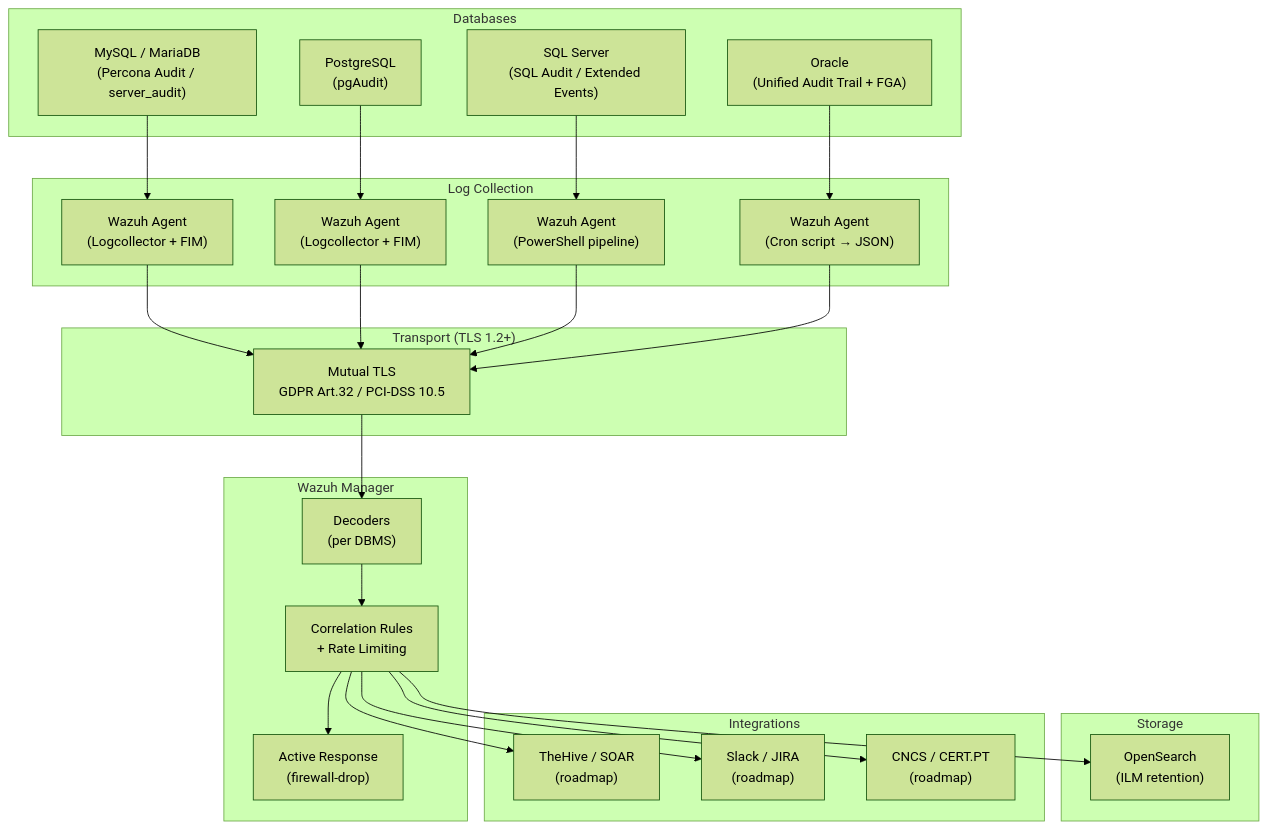
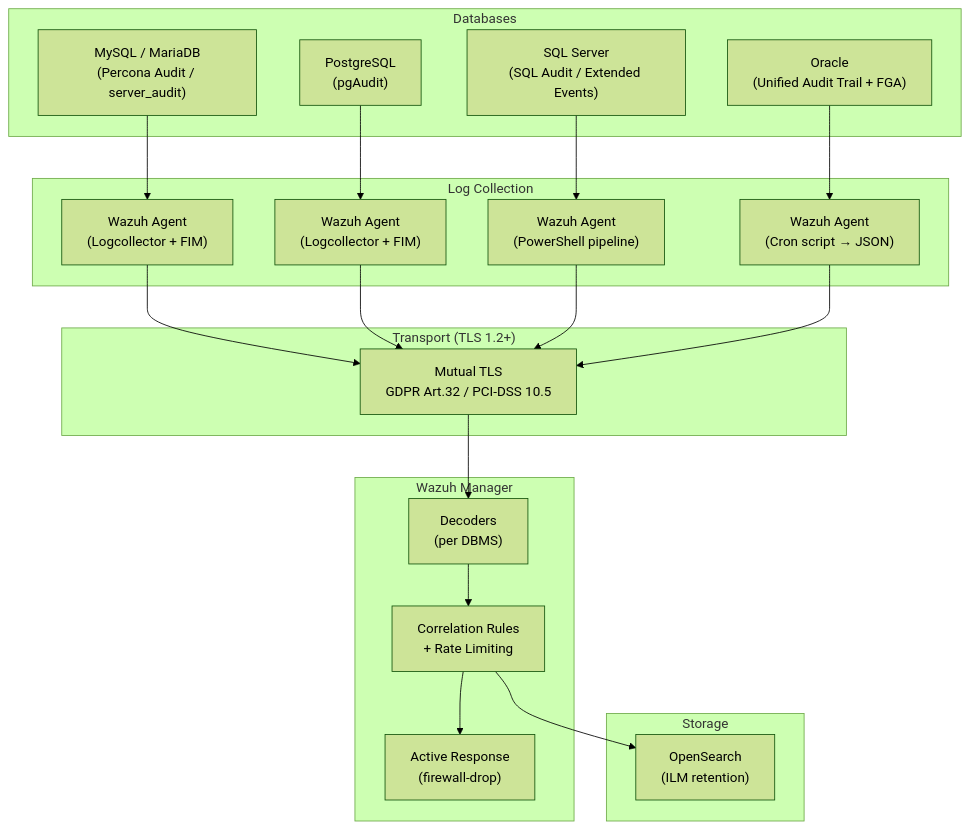
One commit to mjvmsteixeira/wazuh-database-compliance changed the diagram in README.md. Above: the diagram before and after it, drawn with Mermaid (forest theme). The commit also changed other lines of this file and 1 other file, not shown here.

Commit message:
Remove unimplemented feature references from documentation
- Remove TheHive/SOAR, Slack/JIRA, CNCS/CERT.PT from architecture diagrams
- Mark TheHive integration as NOT DEPLOYED in operational table
- Fix NIS2 Art.23 mapping to note CNCS integration as roadmap
- Clean mysql/README.md diagram (remove TheHive reference)
- Keep shared/integrations/custom-thehive.py as ready-to-deploy script

````diff
--- a/README.md
+++ b/README.md
@@ -15,44 +15,38 @@
 ```mermaid
 flowchart TD
     subgraph DBs["Databases"]
         MY["MySQL / MariaDB\n(Percona Audit / server_audit)"]
         PG["PostgreSQL\n(pgAudit)"]
         MS["SQL Server\n(SQL Audit / Extended Events)"]
         ORA["Oracle\n(Unified Audit Trail + FGA)"]
     end
 
     subgraph Collection["Log Collection"]
         AG1["Wazuh Agent\n(Logcollector + FIM)"]
         AG2["Wazuh Agent\n(Logcollector + FIM)"]
         AG3["Wazuh Agent\n(PowerShell pipeline)"]
         AG4["Wazuh Agent\n(Cron script → JSON)"]
     end
 
     subgraph Transport["Transport (TLS 1.2+)"]
         TLS["Mutual TLS\nGDPR Art.32 / PCI-DSS 10.5"]
     end
 
     subgraph Manager["Wazuh Manager"]
         DEC["Decoders\n(per DBMS)"]
         RULES["Correlation Rules\n+ Rate Limiting"]
         AR["Active Response\n(firewall-drop)"]
     end
 
     subgraph Storage["Storage"]
         OS["OpenSearch\n(ILM retention)"]
     end
 
-    subgraph Integ["Integrations"]
-        HIVE["TheHive / SOAR\n(roadmap)"]
-        SLACK["Slack / JIRA\n(roadmap)"]
-        CERT["CNCS / CERT.PT\n(roadmap)"]
-    end
 
     MY --> AG1
     PG --> AG2
     MS --> AG3
     ORA --> AG4
     AG1 & AG2 & AG3 & AG4 --> TLS --> DEC --> RULES --> AR
     RULES --> OS
-    RULES --> HIVE & SLACK & CERT
 ```
````
